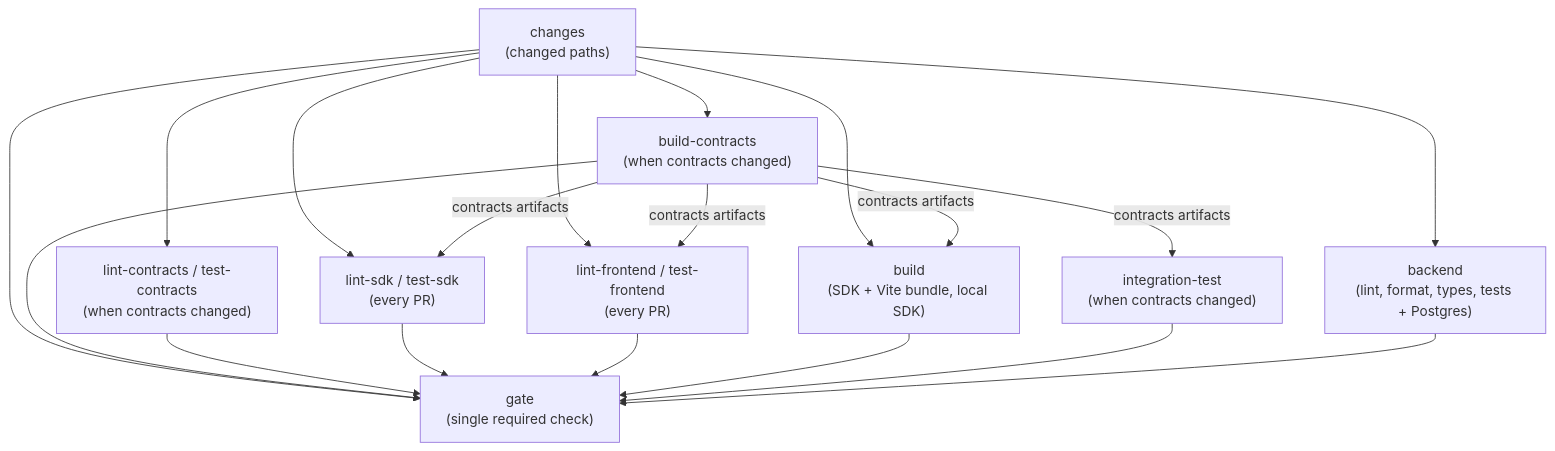
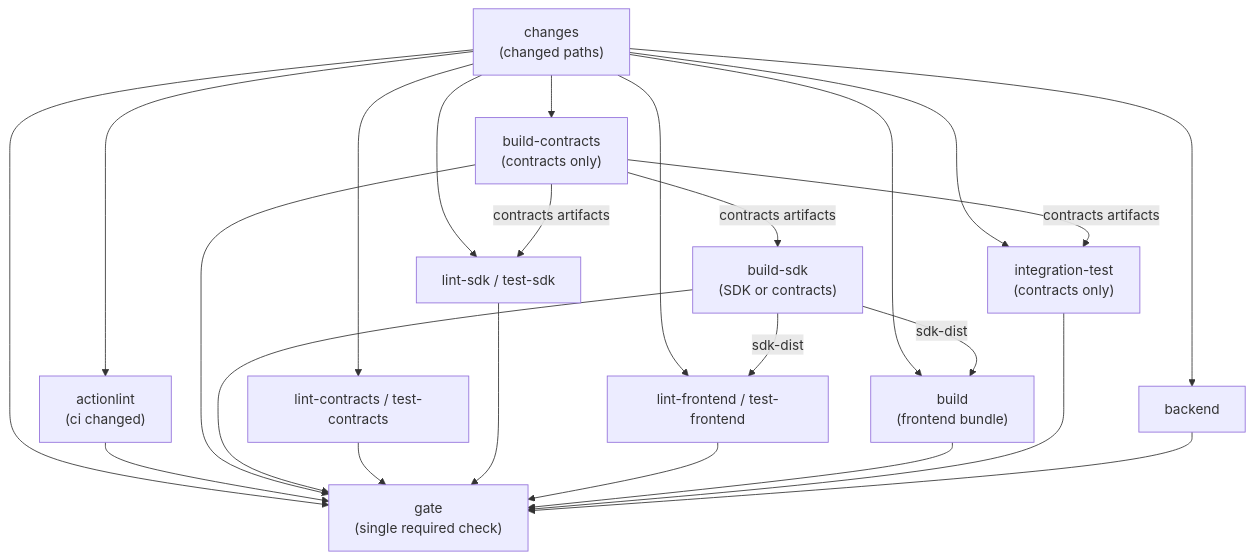
The diagram in docs/ci.md (kasakame/kasakame), drawn with Mermaid before and after one commit. The commit also changed other lines of this file and 3 other files, not shown here.

````diff
--- a/docs/ci.md
+++ b/docs/ci.md
@@ -46,31 +56,38 @@
 ```mermaid
 flowchart TD
     changes["changes<br/>(changed paths)"]
-    buildc["build-contracts<br/>(when contracts changed)"]
-    contracts["lint-contracts / test-contracts<br/>(when contracts changed)"]
-    sdk["lint-sdk / test-sdk<br/>(every PR)"]
-    frontend["lint-frontend / test-frontend<br/>(every PR)"]
-    build["build<br/>(SDK + Vite bundle, local SDK)"]
-    integration["integration-test<br/>(when contracts changed)"]
-    backend["backend<br/>(lint, format, types, tests + Postgres)"]
+    actionlint["actionlint<br/>(ci changed)"]
+    buildc["build-contracts<br/>(contracts only)"]
+    buildsdk["build-sdk<br/>(SDK or contracts)"]
+    contracts["lint-contracts / test-contracts"]
+    sdk["lint-sdk / test-sdk"]
+    frontend["lint-frontend / test-frontend"]
+    build["build<br/>(frontend bundle)"]
+    integration["integration-test<br/>(contracts only)"]
+    backend["backend"]
     gate["gate<br/>(single required check)"]
 
+    changes --> actionlint
     changes --> buildc
     changes --> contracts
     changes --> sdk
     changes --> frontend
     changes --> build
+    changes --> integration
     changes --> backend
+    buildc -->|"contracts artifacts"| buildsdk
     buildc -->|"contracts artifacts"| sdk
-    buildc -->|"contracts artifacts"| frontend
-    buildc -->|"contracts artifacts"| build
     buildc -->|"contracts artifacts"| integration
+    buildsdk -->|"sdk-dist"| frontend
+    buildsdk -->|"sdk-dist"| build
     changes --> gate
+    actionlint --> gate
     buildc --> gate
+    buildsdk --> gate
     contracts --> gate
     sdk --> gate
     frontend --> gate
     build --> gate
     integration --> gate
     backend --> gate
 ```
````
